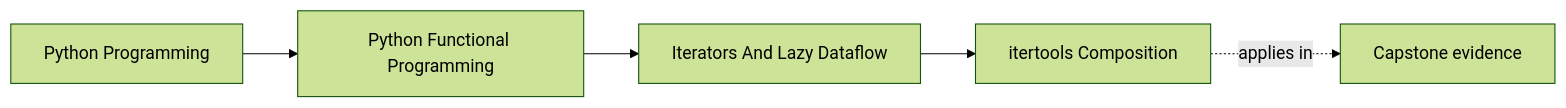
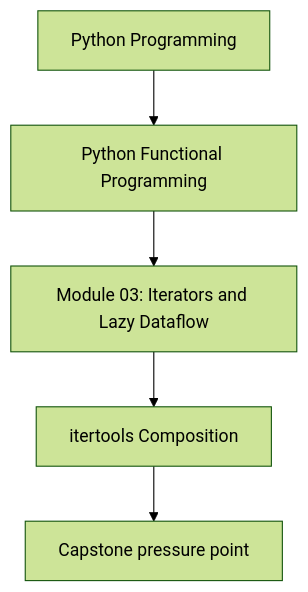
Before and after one commit to bijux/bijux-masterclass: the first of 2 diagrams in programs/python-programming/python-functional-programming/course-book/module-03-iterators-and-lazy-dataflow/itertools-composition.md, drawn with Mermaid (forest theme). The commit also changed other lines of this file and 118 other files, not shown here.

Commit message:
docs(python-functional-programming): align concept page diagrams

````diff
--- a/programs/python-programming/python-functional-programming/course-book/module-03-iterators-and-lazy-dataflow/itertools-composition.md
+++ b/programs/python-programming/python-functional-programming/course-book/module-03-iterators-and-lazy-dataflow/itertools-composition.md
@@ -7,11 +7,7 @@
 ```mermaid
-graph LR
-  family["Python Programming"]
-  program["Python Functional Programming"]
-  section["Iterators And Lazy Dataflow"]
-  page["itertools Composition"]
-  capstone["Capstone evidence"]
-
-  family --> program --> section --> page
-  page -.applies in.-> capstone
+flowchart TD
+  family["Python Programming"] --> program["Python Functional Programming"]
+  program --> module["Module 03: Iterators and Lazy Dataflow"]
+  module --> concept["itertools Composition"]
+  concept --> capstone["Capstone pressure point"]
 ```
````
